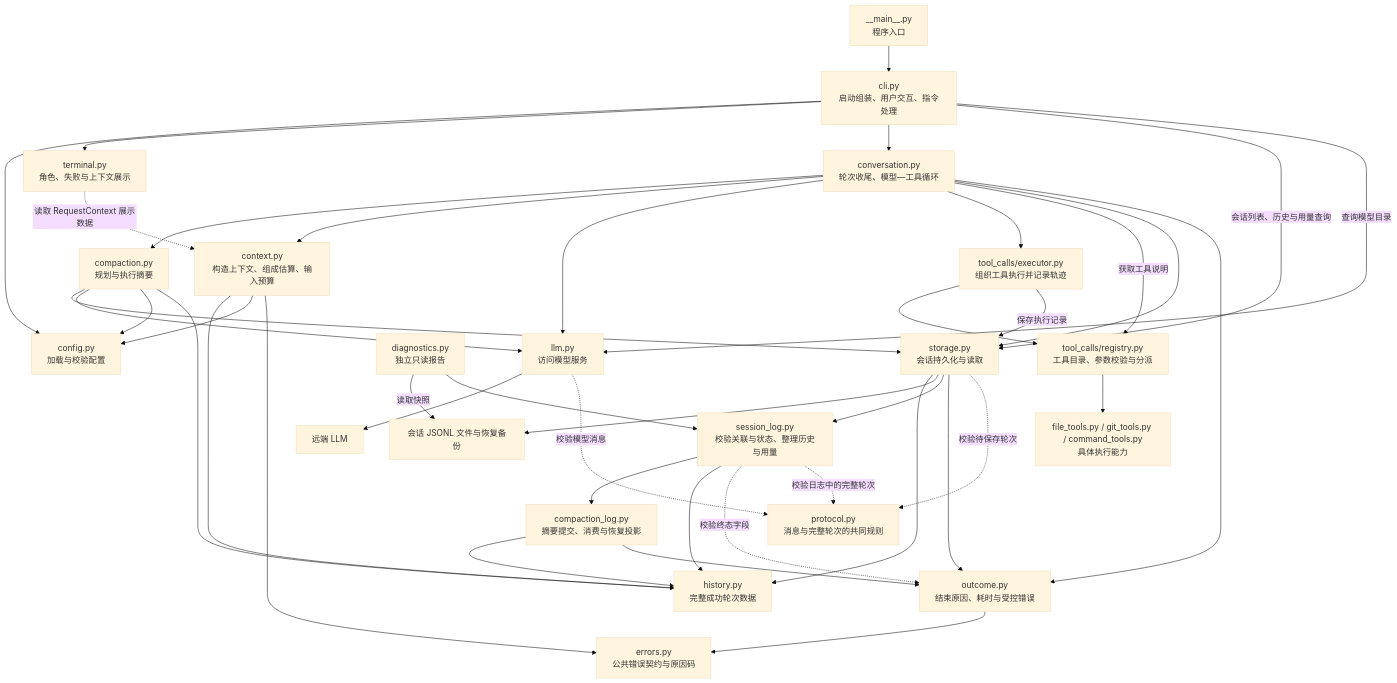
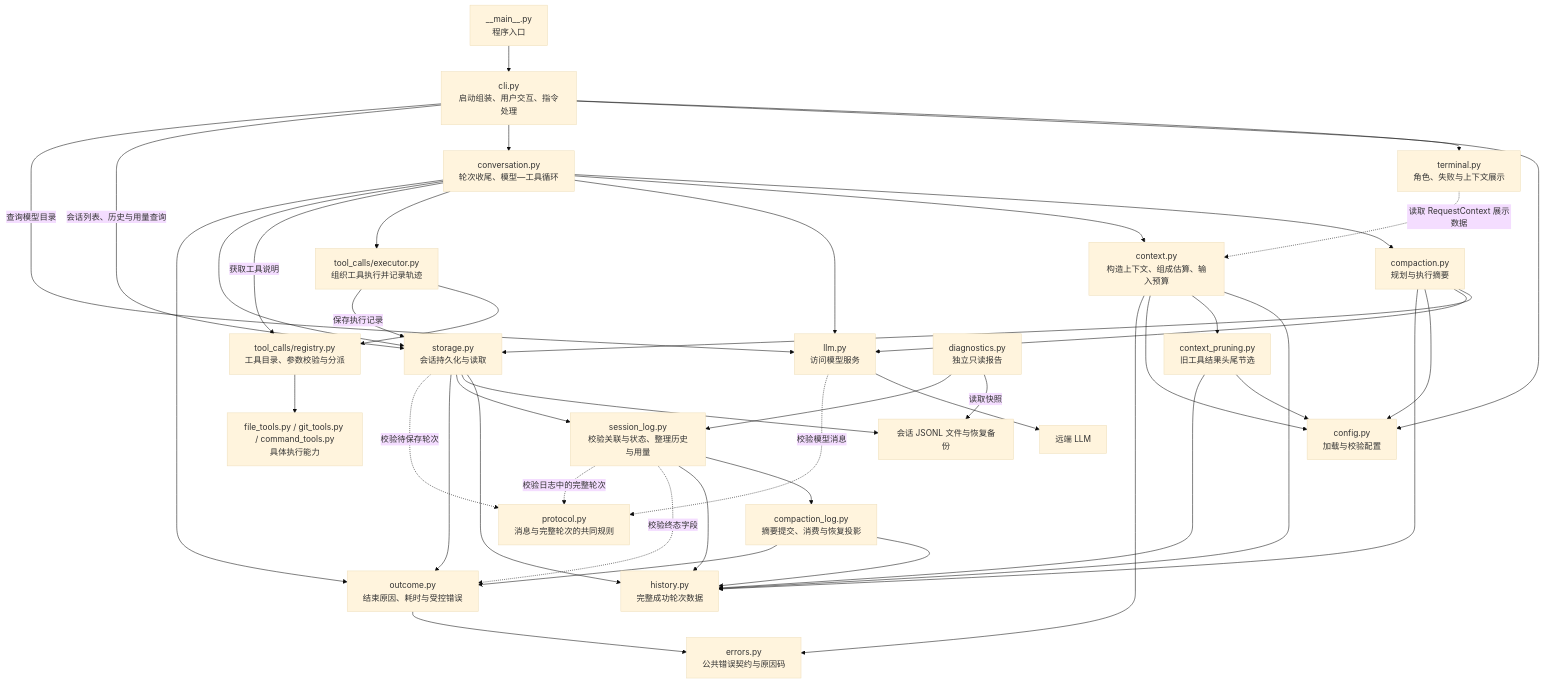
The first of 3 diagrams in docs/architecture.md (Plvltra/AdamAgent), drawn with Mermaid (base theme) before and after one commit. The commit also changed other lines of this file and 14 other files, not shown here.

````diff
--- a/docs/architecture.md
+++ b/docs/architecture.md
@@ -15,46 +15,49 @@
 ```mermaid
 flowchart TD
     ENTRY["__main__.py<br/>程序入口"] --> CLI["cli.py<br/>启动组装、用户交互、指令处理"]
     CLI --> CONFIG["config.py<br/>加载与校验配置"]
     CLI --> TERMINAL["terminal.py<br/>角色、失败与上下文展示"]
     CLI --> CONV["conversation.py<br/>轮次收尾、模型—工具循环"]
     CLI -->|"会话列表、历史与用量查询"| STORE["storage.py<br/>会话持久化与读取"]
 
     CONV --> COMPACT["compaction.py<br/>规划与执行摘要"]
     COMPACT --> STORE
     COMPACT --> LLM
     COMPACT --> CONFIG
     COMPACT --> HISTORY
     LOG --> CLOG["compaction_log.py<br/>摘要提交、消费与恢复投影"]
     CLOG --> HISTORY
     CLOG --> OUTCOME
     CONV --> CONTEXT["context.py<br/>构造上下文、组成估算、输入预算"]
     CONTEXT --> HISTORY["history.py<br/>完整成功轮次数据"]
     STORE --> HISTORY
     LOG --> HISTORY
+    CONTEXT --> PRUNE["context_pruning.py<br/>旧工具结果头尾节选"]
+    PRUNE --> CONFIG
+    PRUNE --> HISTORY
     CONTEXT --> CONFIG
     CONTEXT --> ERROR
     TERMINAL -.->|"读取 RequestContext 展示数据"| CONTEXT
     CONV --> LLM["llm.py<br/>访问模型服务"]
     CLI -->|"查询模型目录"| LLM
     LLM --> API["远端 LLM"]
     CONV --> EXEC["tool_calls/executor.py<br/>组织工具执行并记录轨迹"]
     CONV -->|"获取工具说明"| REG["tool_calls/registry.py<br/>工具目录、参数校验与分派"]
     EXEC --> REG
     REG --> TOOLS["file_tools.py / git_tools.py / command_tools.py<br/>具体执行能力"]
 
     CONV --> STORE
     EXEC -->|"保存执行记录"| STORE
     STORE --> FILE["会话 JSONL 文件与恢复备份"]
     DIAG["diagnostics.py<br/>独立只读报告"] -->|读取快照| FILE
     DIAG --> LOG
     STORE --> LOG["session_log.py<br/>校验关联与状态、整理历史与用量"]
     CONV --> OUTCOME["outcome.py<br/>结束原因、耗时与受控错误"]
     STORE --> OUTCOME
     LOG -.->|"校验终态字段"| OUTCOME
     OUTCOME --> ERROR["errors.py<br/>公共错误契约与原因码"]
 
     LLM -.->|"校验模型消息"| PROTOCOL["protocol.py<br/>消息与完整轮次的共同规则"]
     STORE -.->|"校验待保存轮次"| PROTOCOL
     LOG -.->|"校验日志中的完整轮次"| PROTOCOL
 ```
````
